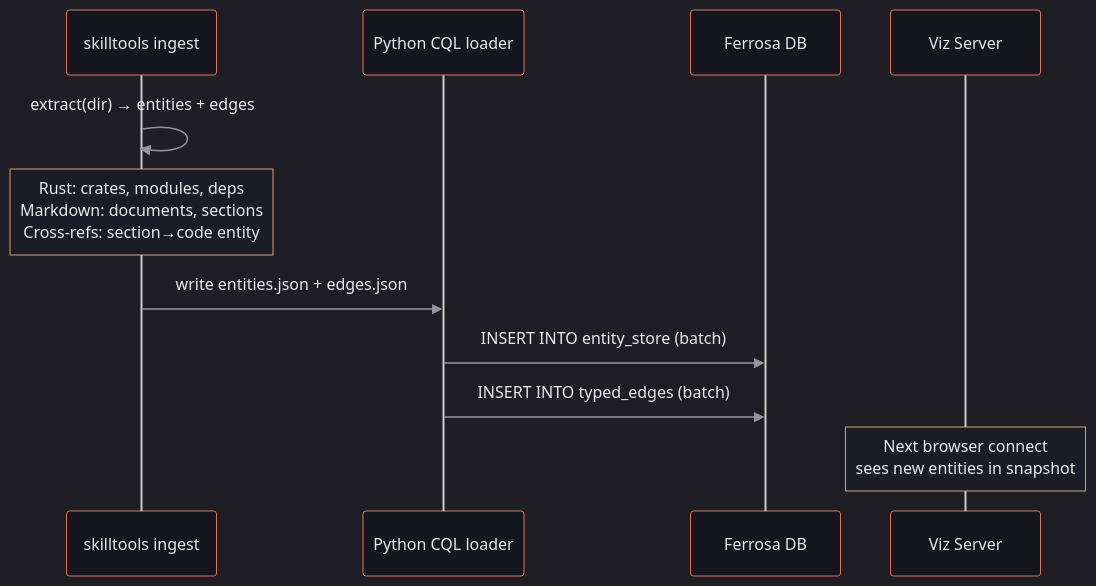
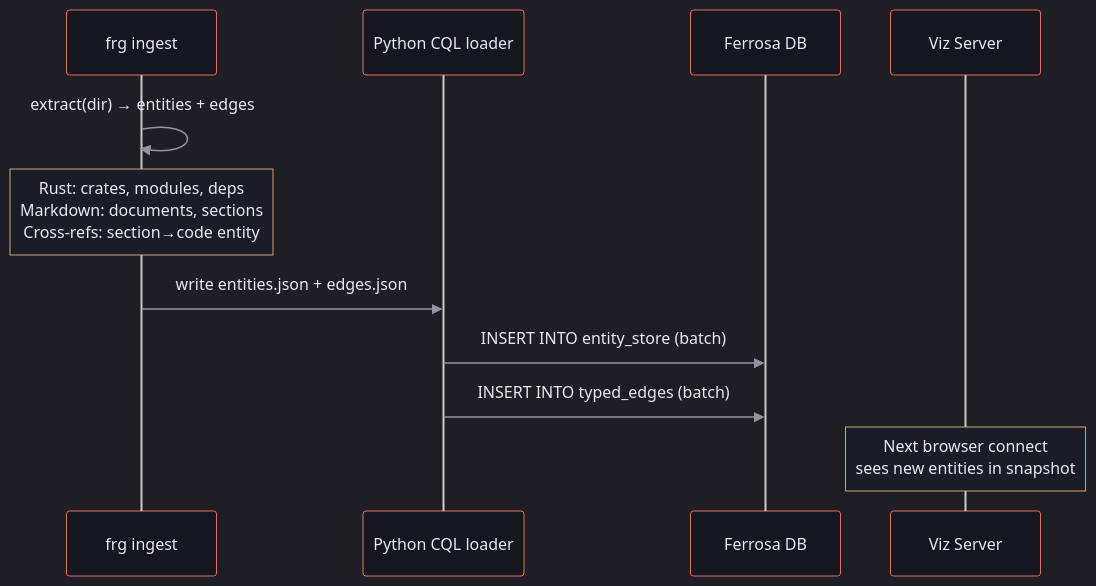
One commit to ferrosadb/ferrosa-memory changed the tenth of 10 diagrams in specs/data-flow.md. Above: the diagram before and after it, drawn with Mermaid. The commit also changed other lines of this file and 47 other files, not shown here.

````diff
--- a/specs/data-flow.md
+++ b/specs/data-flow.md
@@ -297,15 +297,15 @@
 ```mermaid
 %%{init: {'theme':'dark','themeVariables':{'actorBkg':'#16161f','actorTextColor':'#e8e8ed','actorBorder':'#e2725b','signalColor':'#9494a3','signalTextColor':'#e8e8ed','labelBoxBkgColor':'#16161f','labelBoxBorderColor':'#e2725b','labelTextColor':'#e8e8ed','loopTextColor':'#e8e8ed','noteBkgColor':'#1c1c28','noteBorderColor':'#d4a574','noteTextColor':'#e8e8ed','activationBkgColor':'#1c1c28','activationBorderColor':'#e2725b'}}}%%
 sequenceDiagram
-    participant ST as skilltools ingest
+    participant ST as frg ingest
     participant PY as Python CQL loader
     participant DB as Ferrosa DB
     participant VIZ as Viz Server
 
     ST->>ST: extract(dir) → entities + edges
     Note over ST: Rust: crates, modules, deps<br/>Markdown: documents, sections<br/>Cross-refs: section→code entity
     ST->>PY: write entities.json + edges.json
     PY->>DB: INSERT INTO entity_store (batch)
     PY->>DB: INSERT INTO typed_edges (batch)
     Note over VIZ: Next browser connect<br/>sees new entities in snapshot
 ```
````
